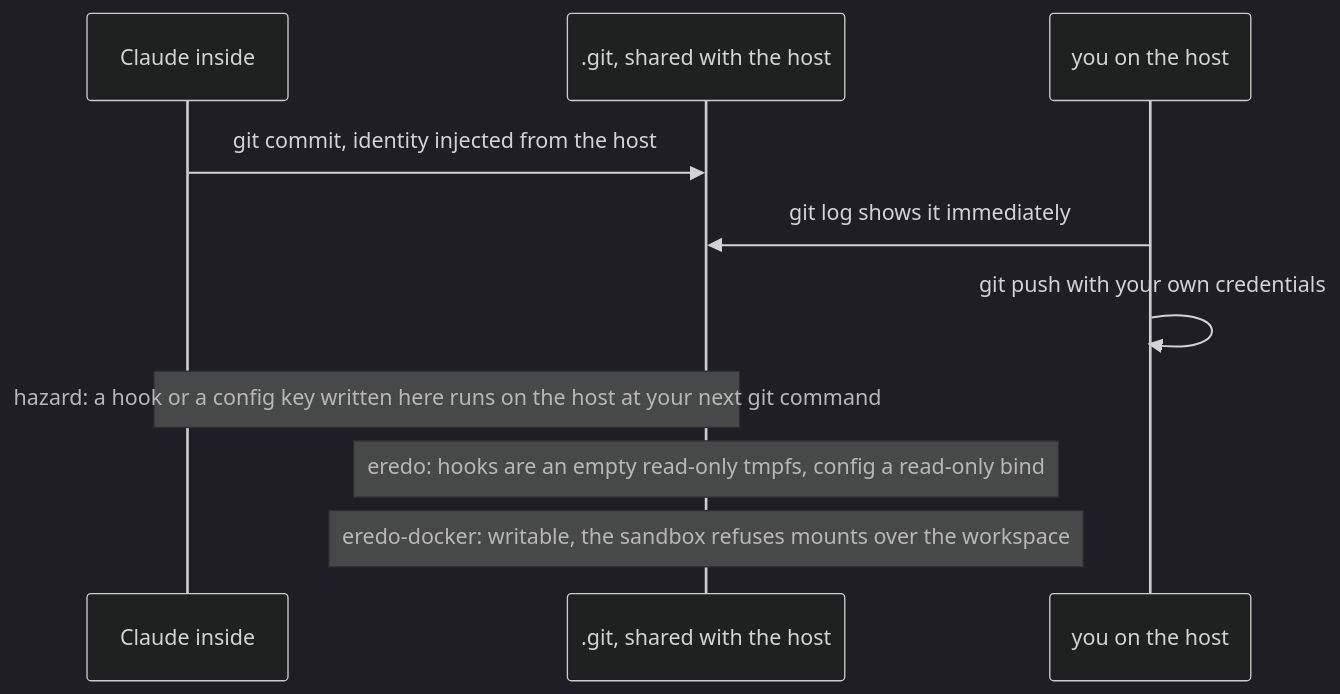
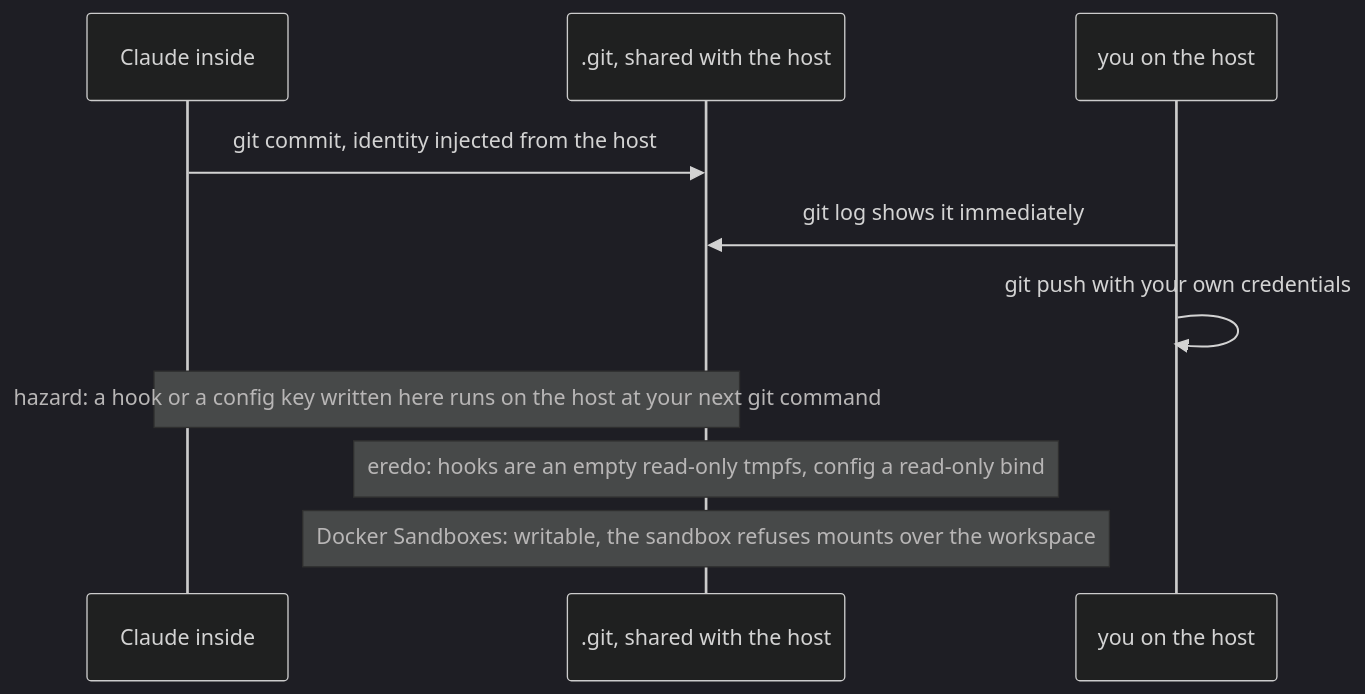
One commit to marhaasa/eredo changed the sixth of 7 diagrams in ARCHITECTURE.md. Above: the diagram before and after it, drawn with Mermaid (dark theme). The commit also changed other lines of this file and 8 other files, not shown here.

Commit message:
0.3.1: retire the eredo-docker twin; document Docker Sandboxes as the option for untrusted or unattended work

````diff
--- a/ARCHITECTURE.md
+++ b/ARCHITECTURE.md
@@ -143,12 +145,12 @@
 ```mermaid
 sequenceDiagram
   participant Cl as Claude inside
   participant G as .git, shared with the host
   participant H as you on the host
   Cl->>G: git commit, identity injected from the host
   H->>G: git log shows it immediately
   H->>H: git push with your own credentials
   Note over Cl,G: hazard: a hook or a config key written here runs on the host at your next git command
   Note over G: eredo: hooks are an empty read-only tmpfs, config a read-only bind
-  Note over G: eredo-docker: writable, the sandbox refuses mounts over the workspace
+  Note over G: Docker Sandboxes: writable, the sandbox refuses mounts over the workspace
 ```
````
